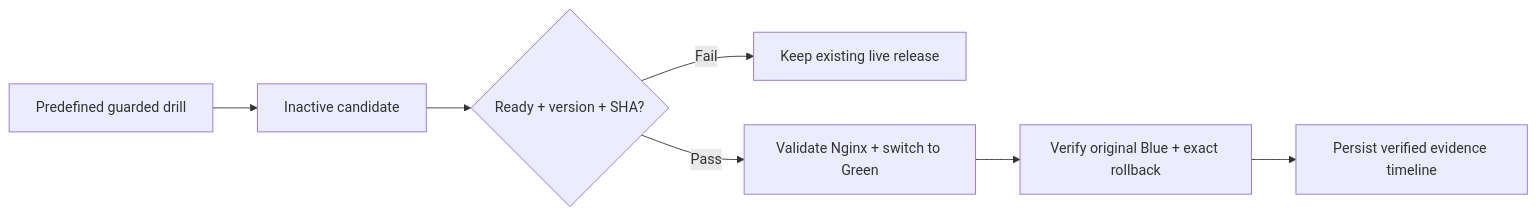
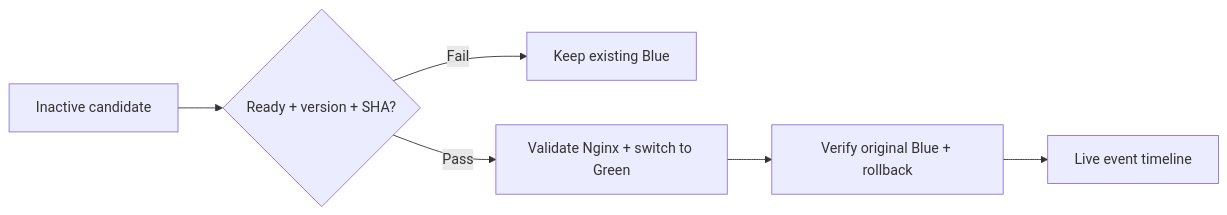
One commit to Mishkaaass/ci-cd-lab changed the second of 3 diagrams in README.md. Above: the diagram before and after it, drawn with Mermaid. The commit also changed other lines of this file and 2 other files, not shown here.

Commit message:
fix: verify complete local lab before guided demonstrations (#51)

````diff
--- a/README.md
+++ b/README.md
@@ -70,9 +79,8 @@
 ```mermaid
 flowchart LR
-  CLI[Predefined guarded drill] --> Candidate[Inactive candidate]
-  Candidate --> Gate{Ready + version + SHA?}
-  Gate -->|Fail| Hold[Keep existing live release]
-  Gate -->|Pass| Switch[Validate Nginx + switch to Green]
-  Switch --> Rollback[Verify original Blue + exact rollback]
-  Rollback --> Timeline[Persist verified evidence timeline]
+  Candidate[Inactive candidate] --> Gate{Ready + version + SHA?}
+  Gate -->|Fail| Blue[Keep existing Blue]
+  Gate -->|Pass| Nginx[Validate Nginx + switch to Green]
+  Nginx --> Rollback[Verify original Blue + rollback]
+  Rollback --> Evidence[Live event timeline]
 ```
````
